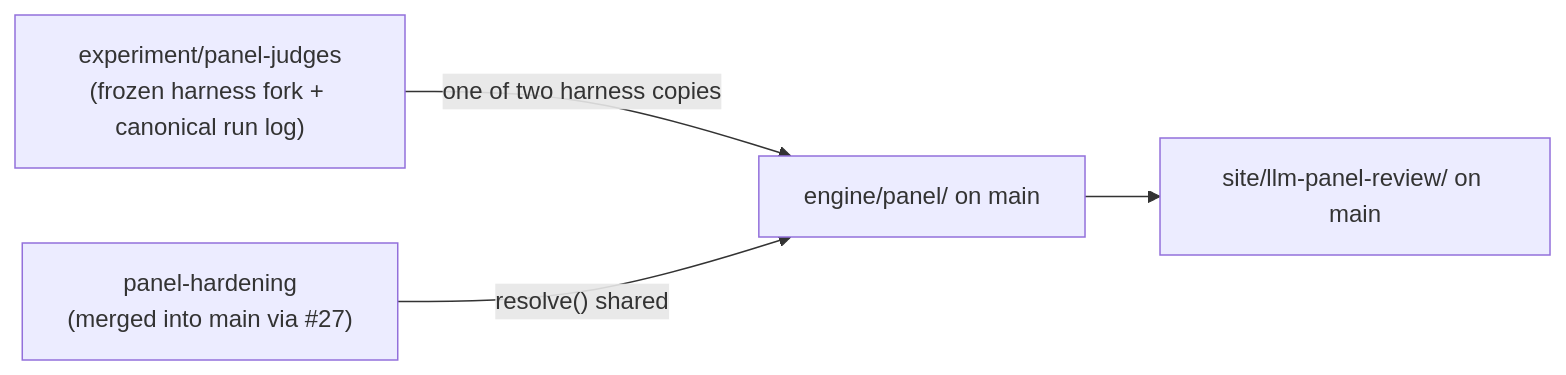
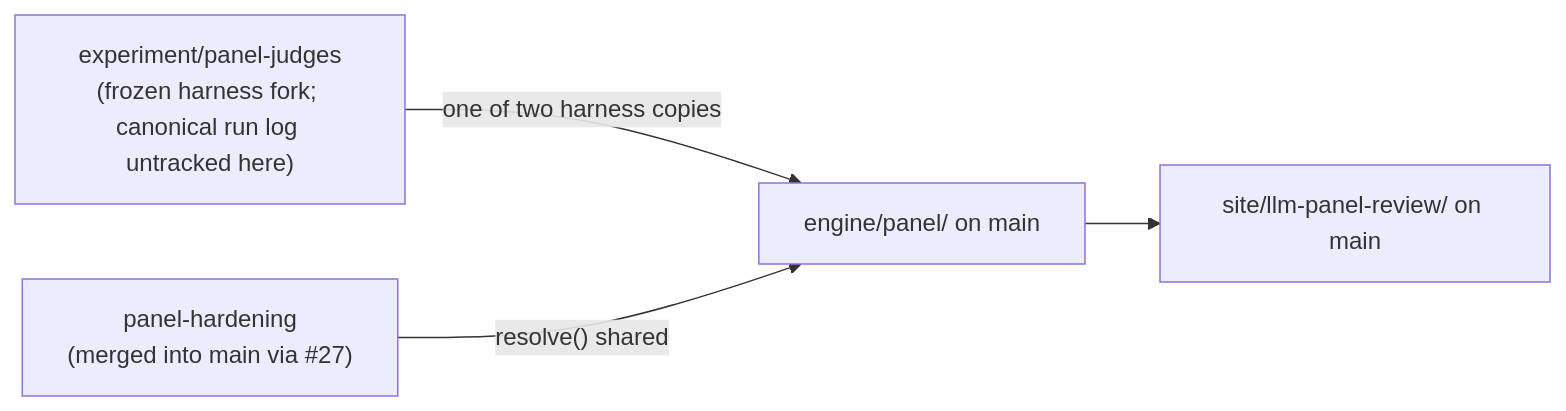
One commit to AndresCotton/ai-character-index changed the diagram in experiments-branches.md. Above: the diagram before and after it, drawn with Mermaid. The commit also changed other lines of this file, not shown here.

````diff
--- a/experiments-branches.md
+++ b/experiments-branches.md
@@ -26,6 +26,6 @@
 ```mermaid
 graph LR
-  exp["experiment/panel-judges<br/>(frozen harness fork + canonical run log)"] -->|"one of two harness copies"| engp["engine/panel/ on main"]
+  exp["experiment/panel-judges<br/>(frozen harness fork; canonical run log untracked here)"] -->|"one of two harness copies"| engp["engine/panel/ on main"]
   hard["panel-hardening<br/>(merged into main via #27)"] -->|"resolve() shared"| engp
   engp --> site["site/llm-panel-review/ on main"]
 ```
````
